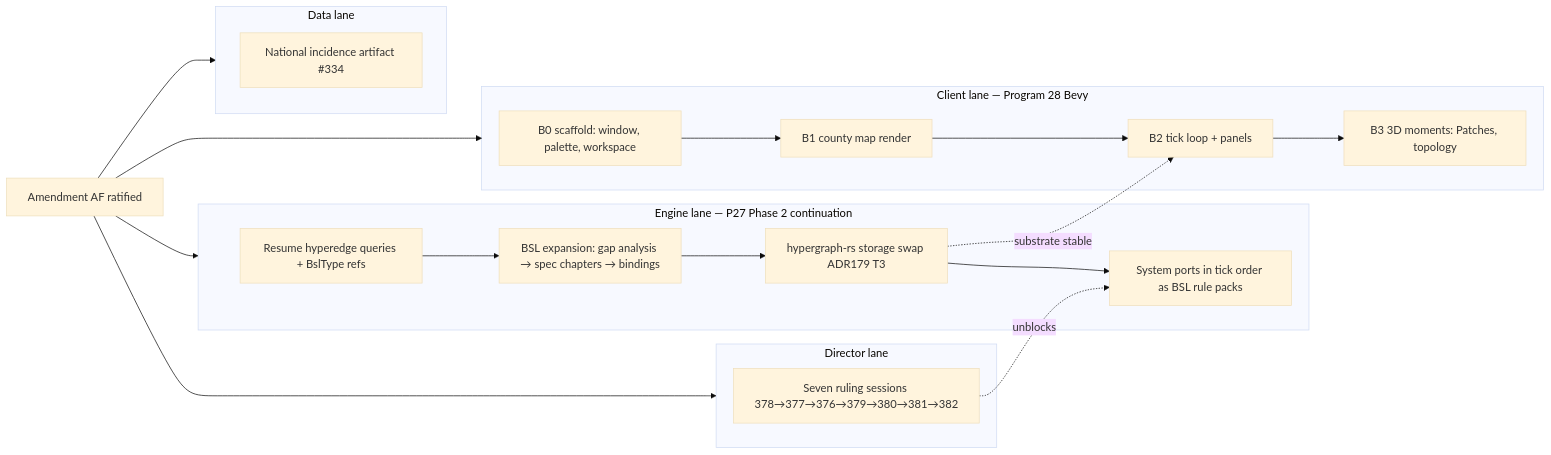
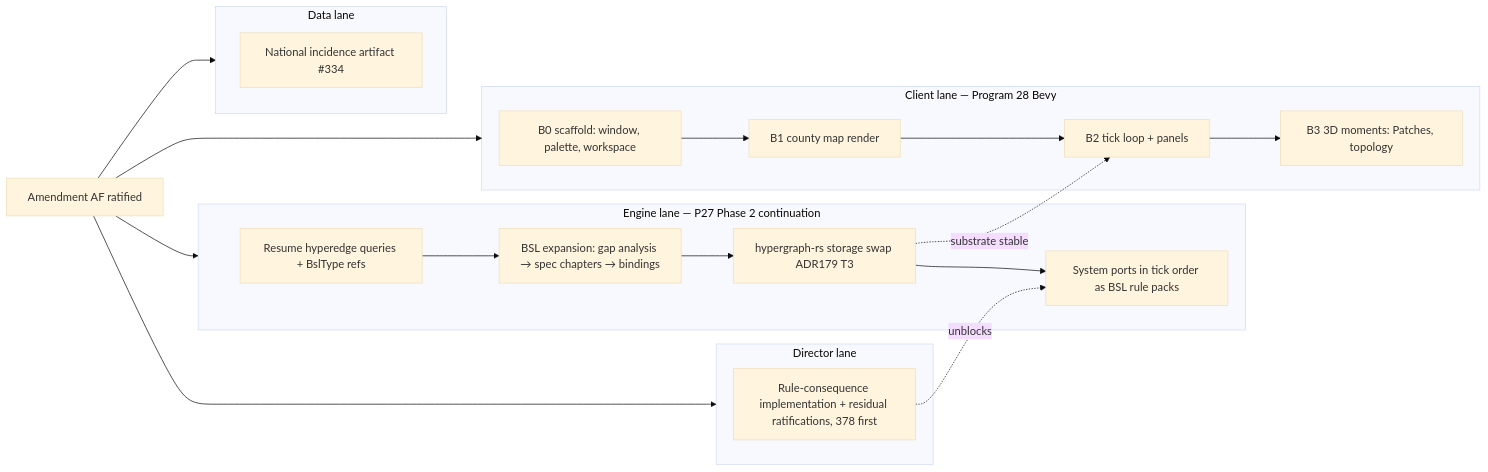
Before and after one commit to percy-raskova/babylon: the diagram in docs/superpowers/specs/2026-08-10-program-28-bevy-cutover-roadmap-design.md, drawn with Mermaid (base theme). The commit also changed other lines of this file, not shown here.

````diff
--- a/docs/superpowers/specs/2026-08-10-program-28-bevy-cutover-roadmap-design.md
+++ b/docs/superpowers/specs/2026-08-10-program-28-bevy-cutover-roadmap-design.md
@@ -71,18 +71,18 @@
 ```mermaid
 flowchart LR
     AF[Amendment AF ratified] --> E & C & D & N
     subgraph E [Engine lane — P27 Phase 2 continuation]
         E1[Resume hyperedge queries + BslType refs] --> E2[BSL expansion: gap analysis → spec chapters → bindings] --> E3[hypergraph-rs storage swap ADR179 T3] --> E4[System ports in tick order as BSL rule packs]
     end
     subgraph C [Client lane — Program 28 Bevy]
         C1[B0 scaffold: window, palette, workspace] --> C2[B1 county map render] --> C3[B2 tick loop + panels] --> C4[B3 3D moments: Patches, topology]
     end
     subgraph D [Director lane]
-        D1[Seven ruling sessions 378→377→376→379→380→381→382]
+        D1[Rule-consequence implementation + residual ratifications, 378 first]
     end
     subgraph N [Data lane]
         N1[National incidence artifact #334]
     end
     D1 -.unblocks.-> E4
     E3 -.substrate stable.-> C3
 ```
````
